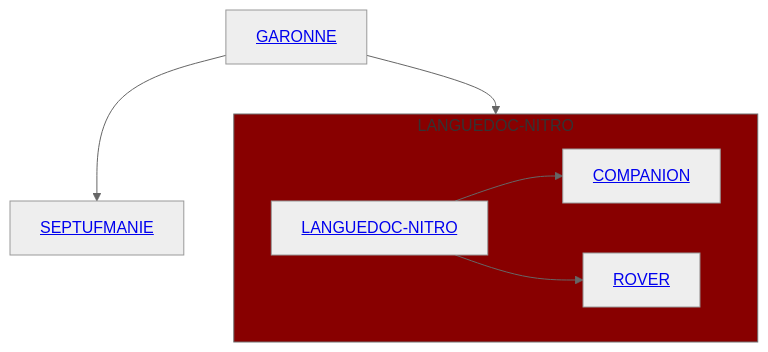
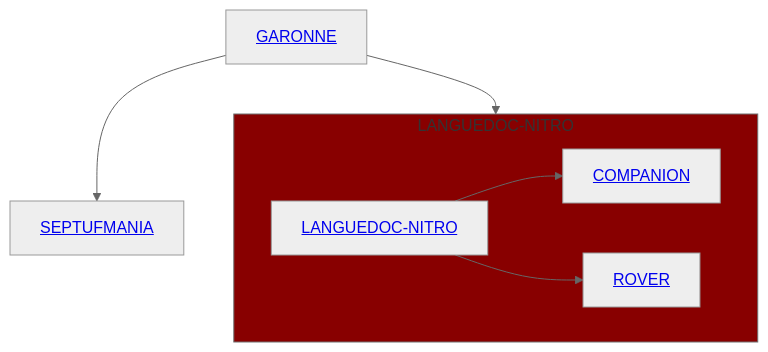
Before and after one commit to Septimania/septimania: the diagram in README_EN.md, drawn with Mermaid (neutral theme).

````diff
--- a/README_EN.md
+++ b/README_EN.md
@@ -121,13 +121,13 @@
 ```mermaid
   graph TD
       A["<a href="https://synologygaronne.wixsite.com/synologygaronne">GARONNE</a>"]
       subgraph NITRO [LANGUEDOC-NITRO]
       B["<a href="https://languedocnitro.wixsite.com/languedoc-nitro">LANGUEDOC-NITRO</a>"]
       B --> C["<a href="https://languedocnitro.wixsite.com/compagnon">COMPANION</a>"]
       B --> D["<a href="https://languedocnitro.wixsite.com/rover">ROVER</a>"]
       end
       A --> NITRO
-      A --> E["<a href="https://septufmanie.wixsite.com/septufmanie">SEPTUFMANIE</a>"]
+      A --> E["<a href="https://septufmanie.wixsite.com/septufmanie">SEPTUFMANIA</a>"]
 
       style NITRO fill:#800
 ```
````
